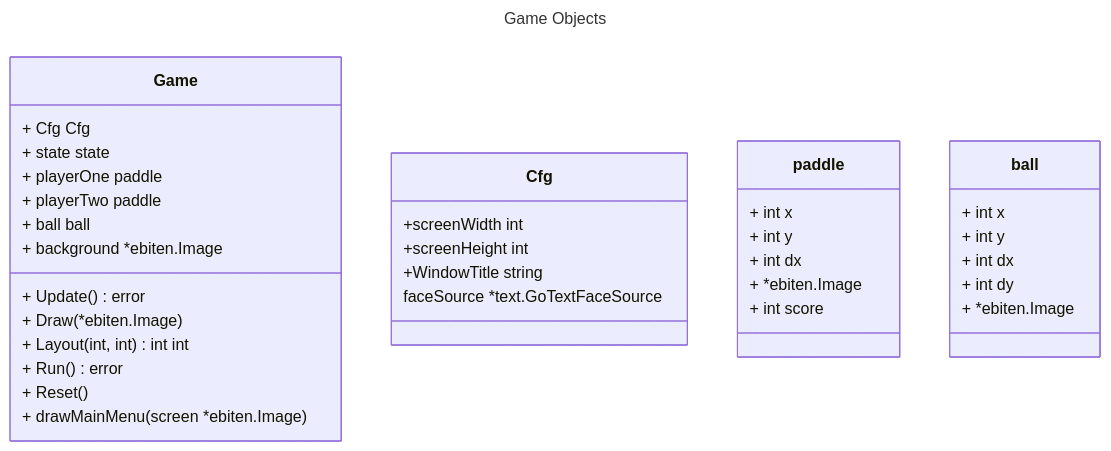
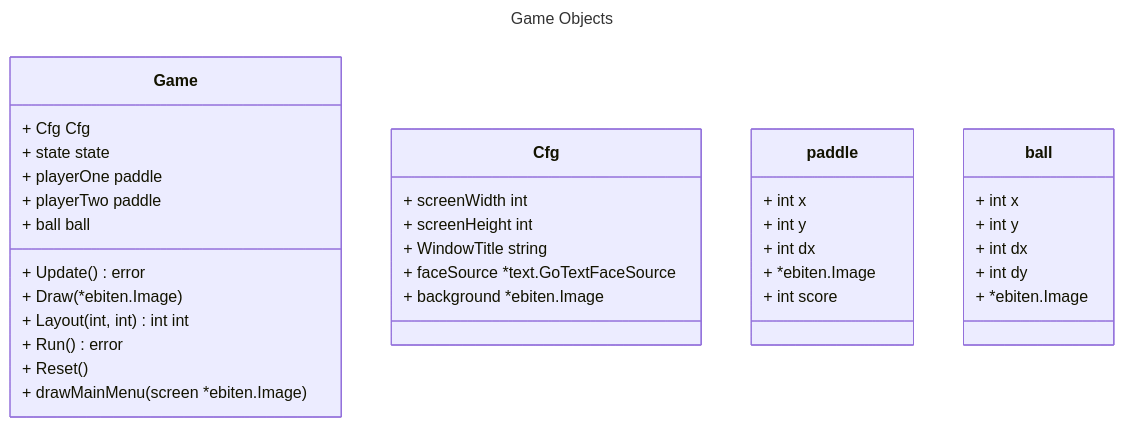
The diagram in docs/GameObjects.md (KalebHawkins/Pong), drawn with Mermaid before and after one commit.

Commit message:
correct class properties

````diff
--- a/docs/GameObjects.md
+++ b/docs/GameObjects.md
@@ -1,47 +1,47 @@
 ```mermaid
 ---
 title: Game Objects
 ---
 classDiagram
     class Game {
         + Cfg Cfg
 
         + state state
         + playerOne paddle
         + playerTwo paddle
         + ball ball
 
-        + background *ebiten.Image
 
         + Update() error
         + Draw(*ebiten.Image)
         + Layout(int, int) int int
         + Run() error
         + Reset()
         + drawMainMenu(screen *ebiten.Image)
     }
 
     class Cfg {
-        +screenWidth int
-        +screenHeight int
-        +WindowTitle string
-        faceSource *text.GoTextFaceSource
+        + screenWidth int
+        + screenHeight int
+        + WindowTitle string
+        + faceSource *text.GoTextFaceSource
+        + background *ebiten.Image
     }
 
     class paddle {
         + int x
         + int y
         + int dx
         + *ebiten.Image
         + int score
     }
 
     class ball {
         + int x
         + int y
         + int dx
         + int dy
         + *ebiten.Image
     }
 
 ```
````
